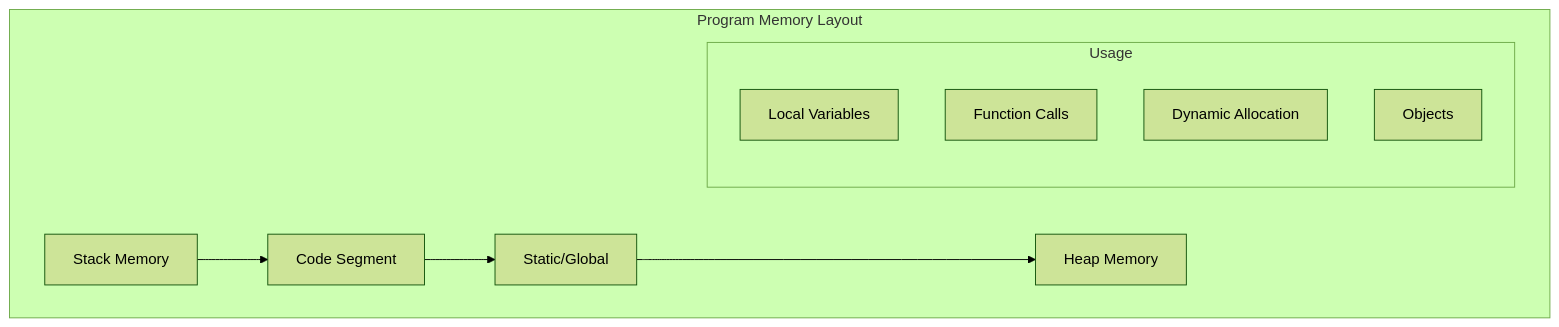
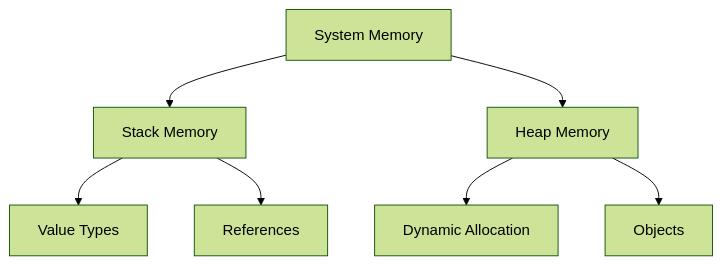
One commit to saravanakumarrc/Architecture_Journey changed the first of 3 diagrams in src/Memory_Management_Concepts.md. Above: the diagram before and after it, drawn with Mermaid (forest theme). The commit also changed other lines of this file and 5 other files, not shown here.

Commit message:
Enhance documentation for software architects by adding comprehensive sections on business and industry knowledge, including key skills, market dynamics, and regulatory environments, along with detailed analysis and best practices.

````diff
--- a/src/Memory_Management_Concepts.md
+++ b/src/Memory_Management_Concepts.md
@@ -54,15 +11,9 @@
 ```mermaid
-graph TB
-    subgraph "Program Memory Layout"
-        STACK[Stack Memory] --> CODE[Code Segment]
-        CODE --> STATIC[Static/Global]
-        STATIC --> HEAP[Heap Memory]
-        
-        subgraph "Usage"
-            S1[Local Variables]
-            S2[Function Calls]
-            H1[Dynamic Allocation]
-            H2[Objects]
-        end
-    end
+graph TD
+    A[System Memory] --> B[Stack Memory]
+    A --> C[Heap Memory]
+    B --> D[Value Types]
+    B --> E[References]
+    C --> F[Dynamic Allocation]
+    C --> G[Objects]
 ```
````
